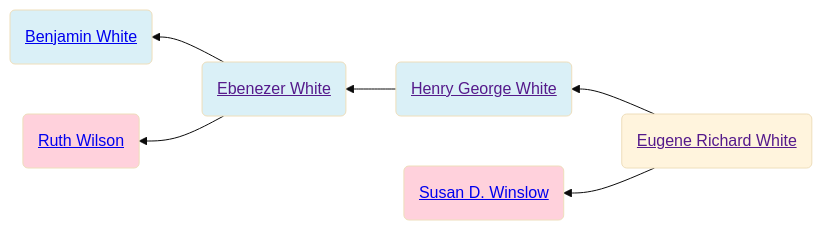
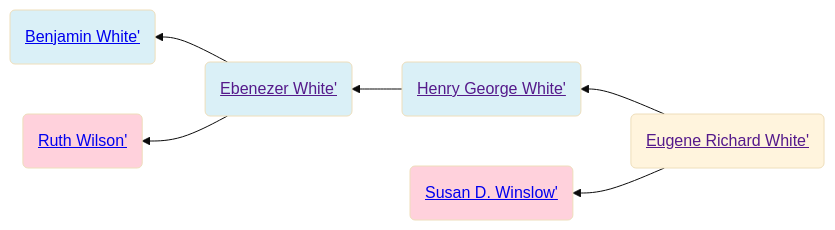
One commit to neelsmith/avocational changed the diagram in familyhistory/sources/people/Merrill-line/White-line/Eugene_Richard_White.qmd. Above: the diagram before and after it, drawn with Mermaid (base theme). The commit also changed 102 other files, not shown here.

````diff
--- a/familyhistory/sources/people/Merrill-line/White-line/Eugene_Richard_White.qmd
+++ b/familyhistory/sources/people/Merrill-line/White-line/Eugene_Richard_White.qmd
@@ -19,18 +19,18 @@
 ```{mermaid}
 graph RL
 %% RL ancestor diagram
-Eugene_Richard_White(<a href=''>Eugene Richard White</>) -->  Henry_George_White(<a href='./Henry_George_White.html'>Henry George White</>)
-Henry_George_White(<a href=''>Henry George White</>) -->  Ebenezer_White(<a href='./Ebenezer_White.html'>Ebenezer White</>)
-Ebenezer_White(<a href=''>Ebenezer White</>) -->  Benjamin_White(<a href='./Benjamin_White.html'>Benjamin White</>)
+Eugene_Richard_White(<a href=''>Eugene Richard White'</>) -->  Henry_George_White(<a href='./Henry_George_White.html'>Henry George White'</>)
+Henry_George_White(<a href=''>Henry George White'</>) -->  Ebenezer_White(<a href='./Ebenezer_White.html'>Ebenezer White'</>)
+Ebenezer_White(<a href=''>Ebenezer White'</>) -->  Benjamin_White(<a href='./Benjamin_White.html'>Benjamin White'</>)
 class Benjamin_White father
-Ebenezer_White(<a href=''>Ebenezer White</>)  --> Ruth_Wilson(<a href='./Wilson-line/Ruth_Wilson.html'>Ruth Wilson</>)
+Ebenezer_White(<a href=''>Ebenezer White'</>)  --> Ruth_Wilson(<a href='./Wilson-line/Ruth_Wilson.html'>Ruth Wilson'</>)
 class Ruth_Wilson mother
 class Ebenezer_White father
 class Henry_George_White father
-Eugene_Richard_White(<a href=''>Eugene Richard White</>)  --> Susan_D._Winslow(<a href='./Susan_D._Winslow.html'>Susan D. Winslow</>)
+Eugene_Richard_White(<a href=''>Eugene Richard White'</>)  --> Susan_D._Winslow(<a href='./Susan_D._Winslow.html'>Susan D. Winslow'</>)
 class Susan_D._Winslow mother
 classDef mother fill:#ffd1dc
 classDef father fill:#daf0f7  
 classDef marriage fill:#ffffff
 
 ```
````
